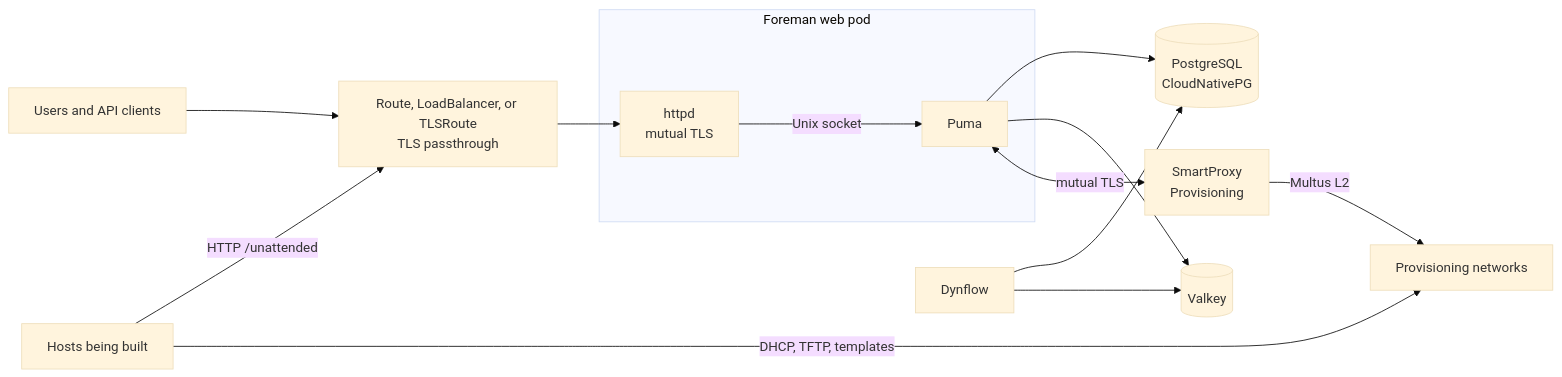
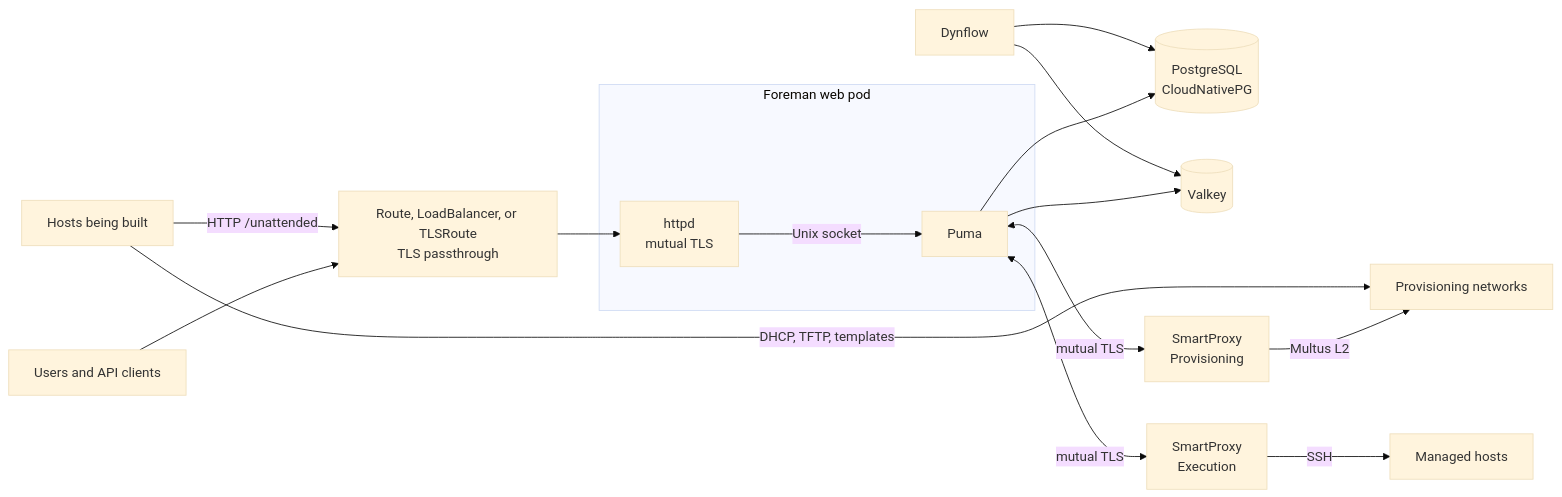
The diagram in README.md (slauger/foreman-operator), drawn with Mermaid (base theme) before and after one commit. The commit also changed other lines of this file and 18 other files, not shown here.

First line of the commit message:
docs: refresh README, roadmap, and guides for the current state (#42)

````diff
--- a/README.md
+++ b/README.md
@@ -47,18 +38,20 @@
 ```mermaid
 flowchart LR
     Users["Users and API clients"] --> Edge["Route, LoadBalancer, or TLSRoute<br/>TLS passthrough"]
     Build["Hosts being built"] -->|"HTTP /unattended"| Edge
     Edge --> Frontend
     subgraph WebPod["Foreman web pod"]
         Frontend["httpd<br/>mutual TLS"] -->|"Unix socket"| Web["Puma"]
     end
 
     Web --> PG[("PostgreSQL<br/>CloudNativePG")]
     Web --> Valkey[("Valkey")]
     Dynflow["Dynflow"] --> PG
     Dynflow --> Valkey
 
     Web <-->|"mutual TLS"| Prov["SmartProxy<br/>Provisioning"]
+    Web <-->|"mutual TLS"| Exec["SmartProxy<br/>Execution"]
     Prov -->|"Multus L2"| Net["Provisioning networks"]
+    Exec -->|"SSH"| Managed["Managed hosts"]
     Build -->|"DHCP, TFTP, templates"| Net
 ```
````
